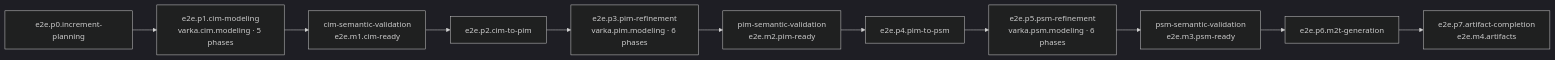
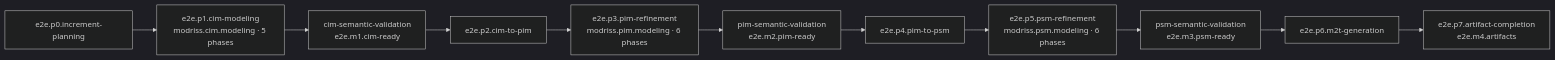
One commit to mehdieidi/modriss changed the first of 3 diagrams in docs/diagrams/27-end-to-end-methodology.md. Above: the diagram before and after it, drawn with Mermaid (dark theme). The commit also changed other lines of this file and 933 other files, not shown here.

````diff
--- a/docs/diagrams/27-end-to-end-methodology.md
+++ b/docs/diagrams/27-end-to-end-methodology.md
@@ -7,16 +7,16 @@
 ```mermaid
 flowchart LR
     p0["e2e.p0.increment-planning"]
-    p1["e2e.p1.cim-modeling<br/>varka.cim.modeling · 5 phases"]
+    p1["e2e.p1.cim-modeling<br/>modriss.cim.modeling · 5 phases"]
     evl1["cim-semantic-validation<br/>e2e.m1.cim-ready"]
     p2["e2e.p2.cim-to-pim"]
-    p3["e2e.p3.pim-refinement<br/>varka.pim.modeling · 6 phases"]
+    p3["e2e.p3.pim-refinement<br/>modriss.pim.modeling · 6 phases"]
     evl2["pim-semantic-validation<br/>e2e.m2.pim-ready"]
     p4["e2e.p4.pim-to-psm"]
-    p5["e2e.p5.psm-refinement<br/>varka.psm.modeling · 6 phases"]
+    p5["e2e.p5.psm-refinement<br/>modriss.psm.modeling · 6 phases"]
     evl3["psm-semantic-validation<br/>e2e.m3.psm-ready"]
     p6["e2e.p6.m2t-generation"]
     p7["e2e.p7.artifact-completion<br/>e2e.m4.artifacts"]
 
     p0 --> p1 --> evl1 --> p2 --> p3 --> evl2 --> p4 --> p5 --> evl3 --> p6 --> p7
 ```
````
